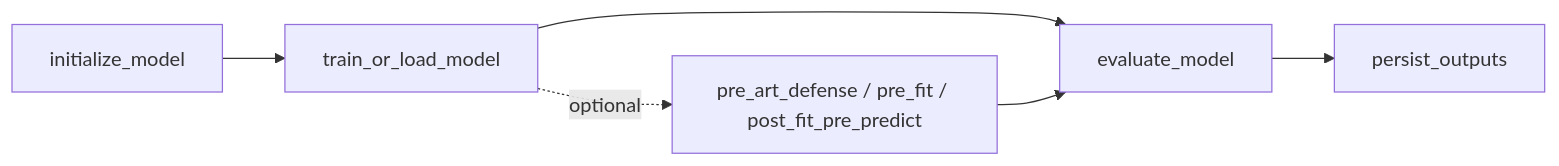
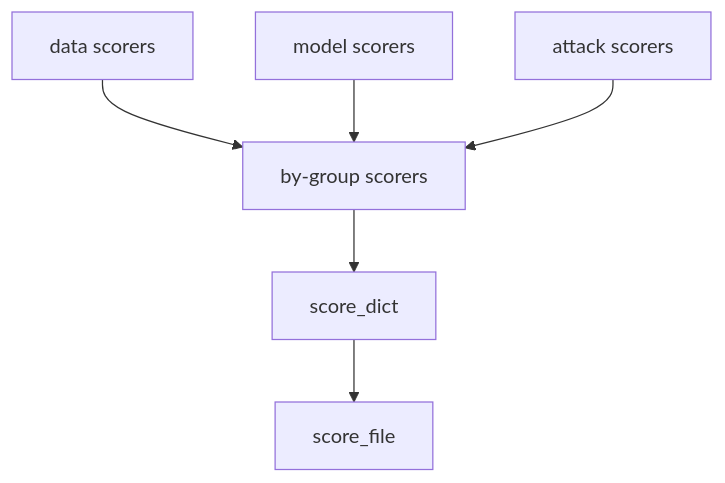
Before and after one commit to simplymathematics/deckard: diagram 13 of 18 in docs/overview/flowcharts.md, drawn with Mermaid. The commit also changed other lines of this file and 28 other files, not shown here.

````diff
--- a/docs/overview/flowcharts.md
+++ b/docs/overview/flowcharts.md
@@ -233,8 +212,8 @@
 ```mermaid
-flowchart LR
-  A[initialize_model]:::model --> B[train_or_load_model]:::model
-  B --> C[evaluate_model]:::model
-  C --> D[persist_outputs]:::files
-  B -. optional .-> E[pre_art_defense / pre_fit / post_fit_pre_predict]:::model
-  E --> C
+flowchart TD
+  A[data scorers]:::scores --> E
+  B[model scorers]:::scores --> E
+  C[attack scorers]:::scores --> E
+  E[by-group scorers]:::scores --> D[score_dict]:::scores
+  D --> F[score_file]:::files
 ```
````
